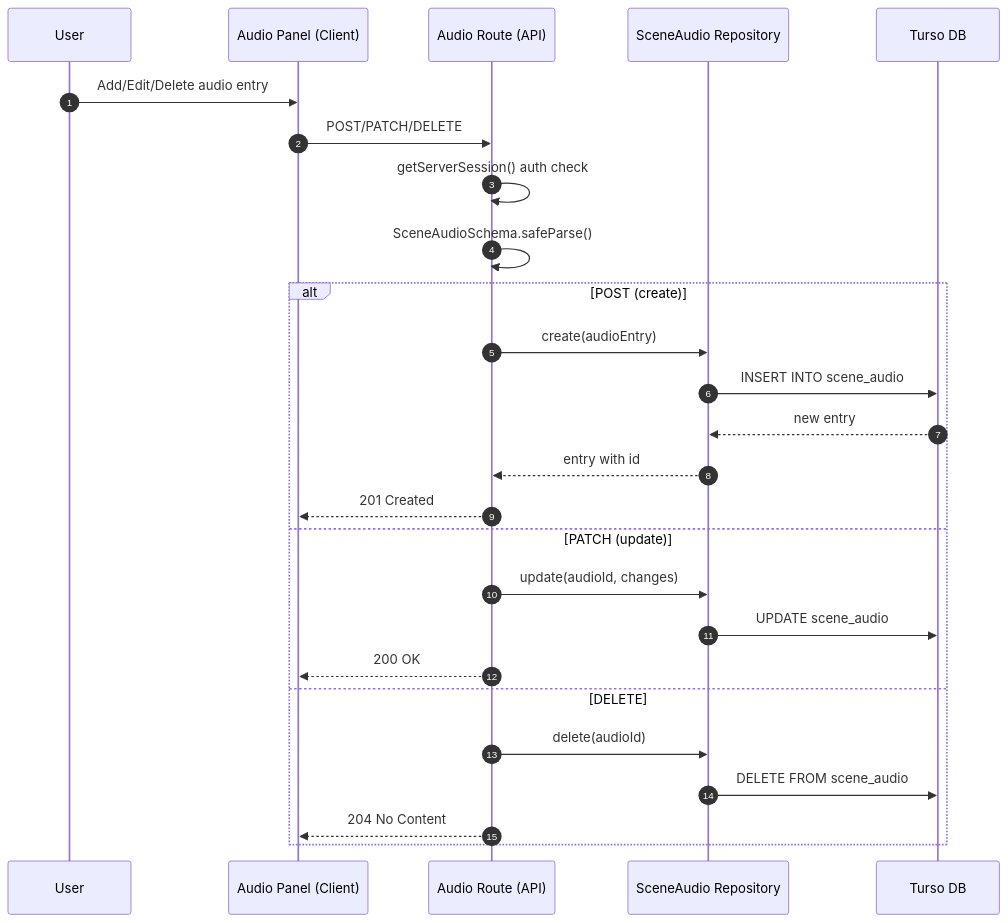
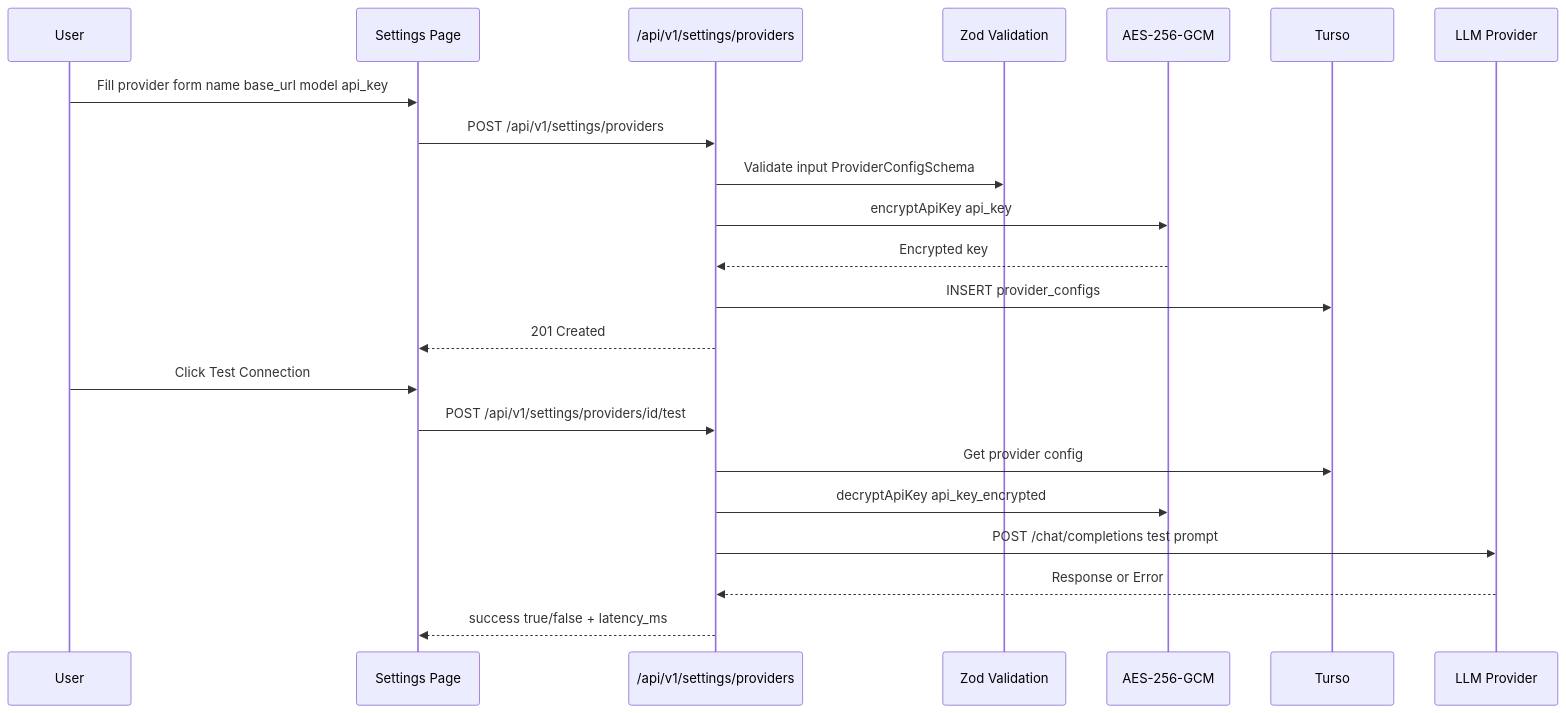
One commit to agrianwahab29/agrinode-promptflow changed the third of 4 diagrams in product-docs/PROJECT_ARCHITECTURE.md. Above: the diagram before and after it, drawn with Mermaid. The commit also changed other lines of this file and 21 other files, not shown here.

````diff
--- a/product-docs/PROJECT_ARCHITECTURE.md
+++ b/product-docs/PROJECT_ARCHITECTURE.md
@@ -426,30 +333,26 @@
 ```mermaid
 sequenceDiagram
-    autonumber
     participant U as User
-    participant AP as Audio Panel (Client)
-    participant AR as Audio Route (API)
-    participant SAR as SceneAudio Repository
-    participant DB as Turso DB
+    participant SF as Settings Page
+    participant API as /api/v1/settings/providers
+    participant VAL as Zod Validation
+    participant ENC as AES-256-GCM
+    participant DB as Turso
+    participant LLM as LLM Provider
 
-    U->>AP: Add/Edit/Delete audio entry
-    AP->>AR: POST/PATCH/DELETE
-    AR->>AR: getServerSession() auth check
-    AR->>AR: SceneAudioSchema.safeParse()
+    U->>SF: Fill provider form name base_url model api_key
+    SF->>API: POST /api/v1/settings/providers
+    API->>VAL: Validate input ProviderConfigSchema
+    API->>ENC: encryptApiKey api_key
+    ENC-->>API: Encrypted key
+    API->>DB: INSERT provider_configs
+    API-->>SF: 201 Created
 
-    alt POST (create)
-        AR->>SAR: create(audioEntry)
-        SAR->>DB: INSERT INTO scene_audio
-        DB-->>SAR: new entry
-        SAR-->>AR: entry with id
-        AR-->>AP: 201 Created
-    else PATCH (update)
-        AR->>SAR: update(audioId, changes)
-        SAR->>DB: UPDATE scene_audio
-        AR-->>AP: 200 OK
-    else DELETE
-        AR->>SAR: delete(audioId)
-        SAR->>DB: DELETE FROM scene_audio
-        AR-->>AP: 204 No Content
-    end
+    U->>SF: Click Test Connection
+    SF->>API: POST /api/v1/settings/providers/id/test
+    API->>DB: Get provider config
+    API->>ENC: decryptApiKey api_key_encrypted
+    API->>LLM: POST /chat/completions test prompt
+    LLM-->>API: Response or Error
+    API-->>SF: success true/false + latency_ms
 ```
````
